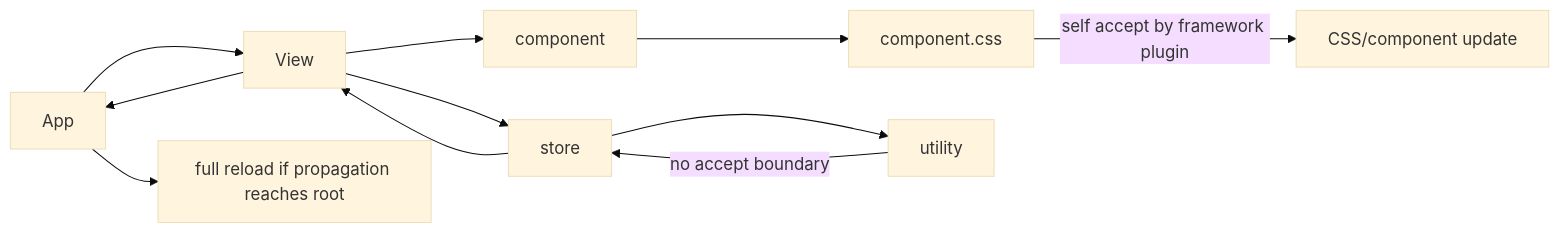
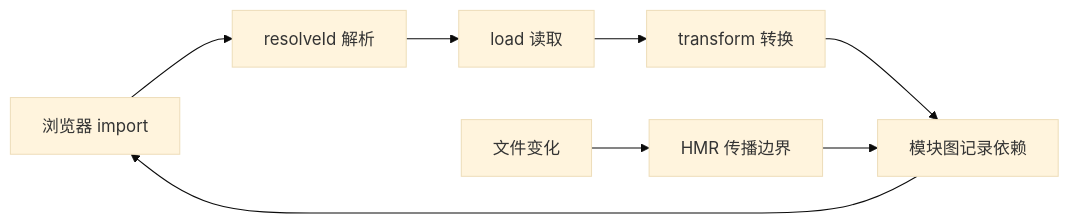
Before and after one commit to upJiang/jiang-blog-vitepress: the diagram in docs/frontend/vite-dev-server-plugins.md, drawn with Mermaid (base theme). The commit also changed other lines of this file and 164 other files, not shown here.

````diff
--- a/docs/frontend/vite-dev-server-plugins.md
+++ b/docs/frontend/vite-dev-server-plugins.md
@@ -187,13 +20,10 @@
 ```mermaid
 flowchart LR
-  A[App] --> V[View]
-  V --> S[store]
-  V --> C[component]
-  C --> CSS[component.css]
-  S --> U[utility]
-  CSS -->|self accept by framework plugin| HC[CSS/component update]
-  U -->|no accept boundary| S
-  S --> V
-  V --> A
-  A --> FR[full reload if propagation reaches root]
+  B[浏览器 import] --> R[resolveId 解析]
+  R --> L[load 读取]
+  L --> T[transform 转换]
+  T --> G[模块图记录依赖]
+  G --> B
+  F[文件变化] --> H[HMR 传播边界]
+  H --> G
 ```
````
